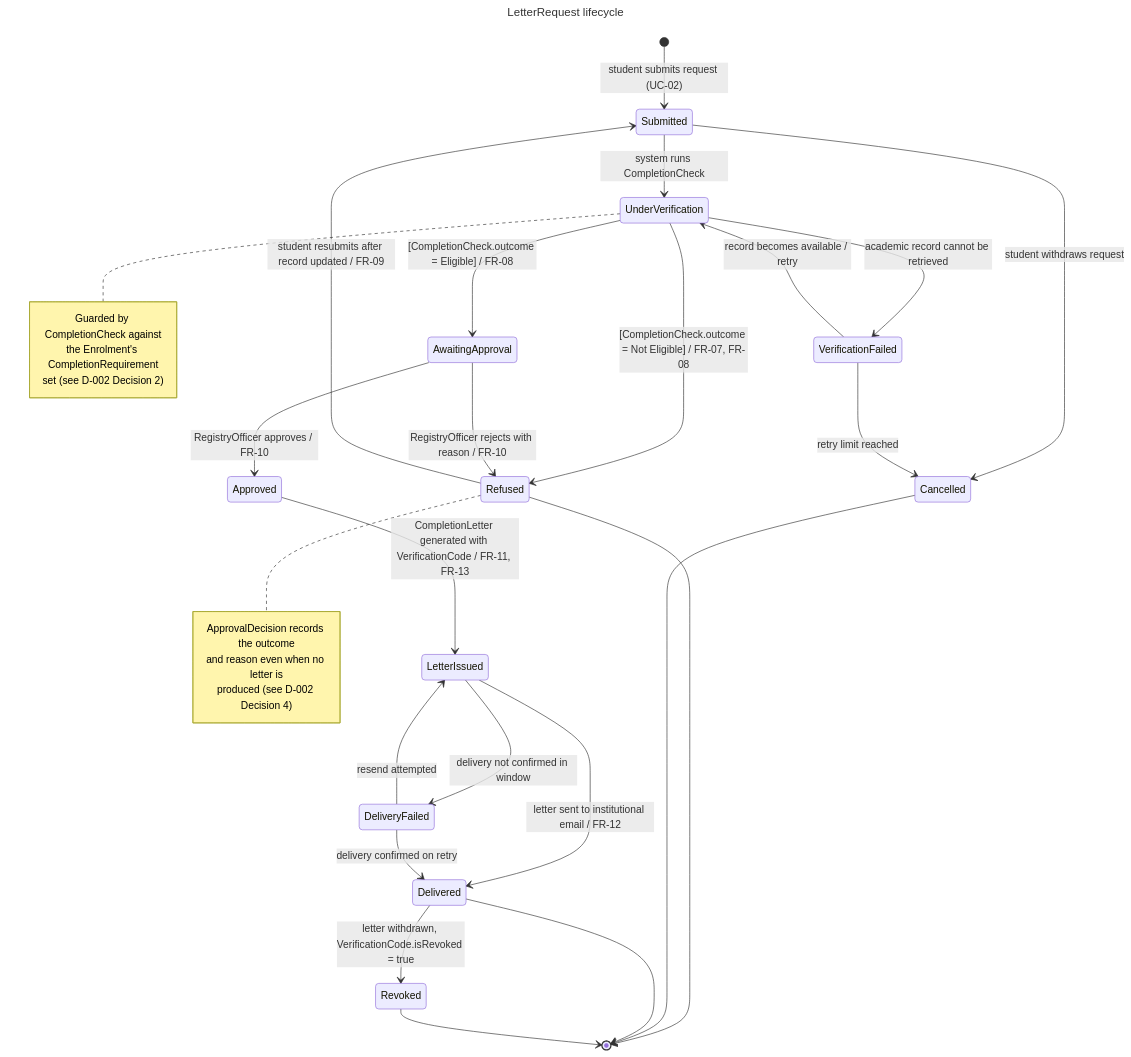
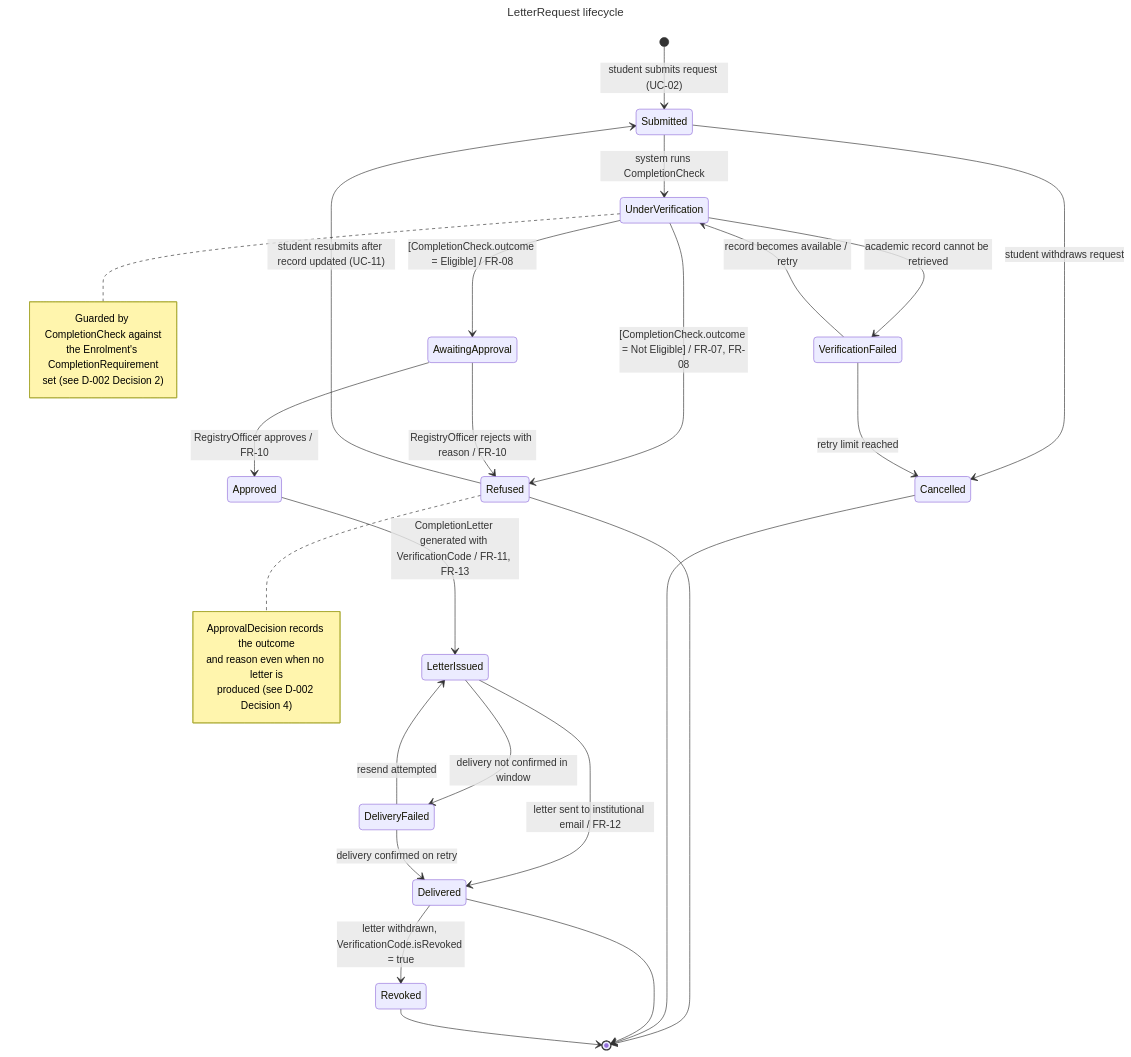
Before and after one commit to pako-18/csi473-univeristy-service-hub: the diagram in models/lifecycle-letter-request.mmd, drawn with Mermaid. The commit also changed 23 other files, not shown here.

```diff
--- a/models/lifecycle-letter-request.mmd
+++ b/models/lifecycle-letter-request.mmd
@@ -1,46 +1,46 @@
 ---
 title: LetterRequest lifecycle
 ---
 stateDiagram-v2
     [*] --> Submitted : student submits request (UC-02)
 
     Submitted --> UnderVerification : system runs CompletionCheck
     Submitted --> Cancelled : student withdraws request
 
     UnderVerification --> AwaitingApproval : [CompletionCheck.outcome = Eligible] / FR-08
     UnderVerification --> Refused : [CompletionCheck.outcome = Not Eligible] / FR-07, FR-08
     UnderVerification --> VerificationFailed : academic record cannot be retrieved
 
     VerificationFailed --> UnderVerification : record becomes available / retry
     VerificationFailed --> Cancelled : retry limit reached
 
     AwaitingApproval --> Approved : RegistryOfficer approves / FR-10
     AwaitingApproval --> Refused : RegistryOfficer rejects with reason / FR-10
 
     Approved --> LetterIssued : CompletionLetter generated with VerificationCode / FR-11, FR-13
 
     LetterIssued --> Delivered : letter sent to institutional email / FR-12
     LetterIssued --> DeliveryFailed : delivery not confirmed in window
 
     DeliveryFailed --> LetterIssued : resend attempted
     DeliveryFailed --> Delivered : delivery confirmed on retry
 
     Delivered --> Revoked : letter withdrawn, VerificationCode.isRevoked = true
 
-    Refused --> Submitted : student resubmits after record updated / FR-09
+    Refused --> Submitted : student resubmits after record updated (UC-11)
     Refused --> [*]
     Cancelled --> [*]
     Delivered --> [*]
     Revoked --> [*]
 
     note right of UnderVerification
         Guarded by CompletionCheck against
         the Enrolment's CompletionRequirement
         set (see D-002 Decision 2)
     end note
 
     note right of Refused
         ApprovalDecision records the outcome
         and reason even when no letter is
         produced (see D-002 Decision 4)
     end note
```
